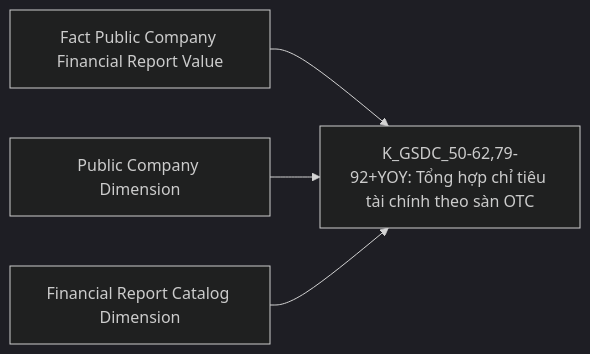
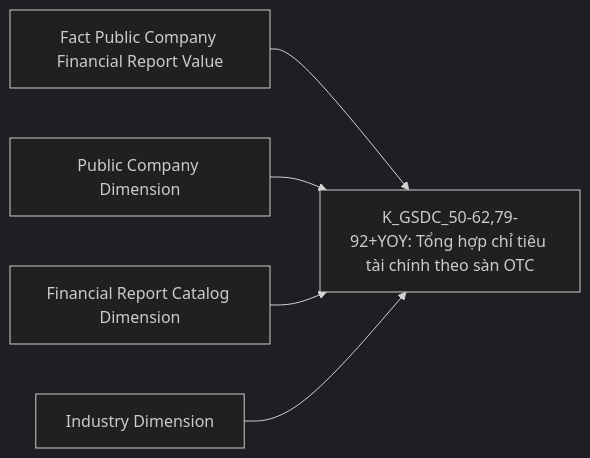
One commit to linhlvit/ubck_atomic_design changed diagram 34 of 56 in Datamart/hld/DTM_GSDC_HLD.md. Above: the diagram before and after it, drawn with Mermaid (dark theme). The commit also changed other lines of this file and 10 other files, not shown here.

````diff
--- a/Datamart/hld/DTM_GSDC_HLD.md
+++ b/Datamart/hld/DTM_GSDC_HLD.md
@@ -1624,6 +1666,7 @@
 ```mermaid
 flowchart LR
     fct_pc_fr_val_g17["Fact Public Company Financial Report Value"] --> R17["K_GSDC_50-62,79-92+YOY: Tổng hợp chỉ tiêu tài chính theo sàn OTC"]
     public_company_dim_g17["Public Company Dimension"] --> R17
     financial_rpt_catalog_dim_g17["Financial Report Catalog Dimension"] --> R17
+    industry_dim_g17["Industry Dimension"] --> R17
 ```
````
